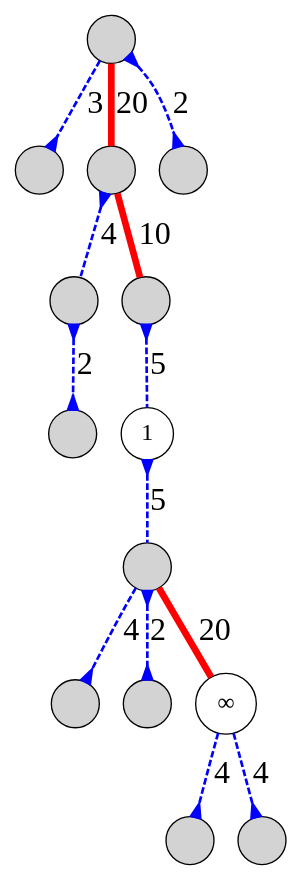
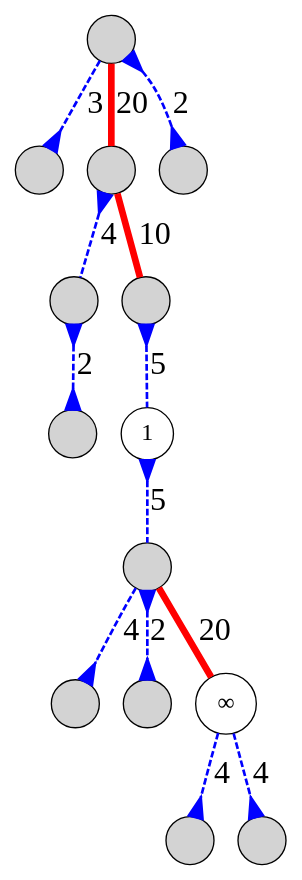
Before and after one commit to sgolodetz/waterfallpaper: the diagram in graphs/smg/marcotegui-pass2.gv, drawn with Graphviz. The commit also changed 4 other files, not shown here.

Commit message:
Increase the arrow size in Figure 14.

```diff
--- a/graphs/smg/marcotegui-pass2.gv
+++ b/graphs/smg/marcotegui-pass2.gv
@@ -1,22 +1,22 @@
 digraph
 {
 	node [shape=circle, style=filled, label="", fontsize=18];
-	edge [dir=both, arrowtail=none, arrowhead=none, color=blue, style=dashed, penwidth=2, fontsize=24];
+	edge [dir=both, arrowtail=none, arrowhead=none, arrowsize=1.5, color=blue, style=dashed, penwidth=2, fontsize=24];
 
 	n00 -> n10 [label=3, arrowhead=inv];
 	n00 -> n11 [label=20, color=red, style=solid, penwidth=5];
 	n00 -> n12 [label=2, arrowtail=inv, arrowhead=inv];
 	n11 -> n20 [label=4, arrowtail=inv];
 	n11 -> n21 [label=10, color=red, style=solid, penwidth=5];
 	n20 -> n30 [label=2, arrowtail=inv, arrowhead=inv];
 	n21 -> n31 [label=5, arrowtail=inv];
 	n31 -> n40 [label=5, arrowtail=inv];
 	n40 -> n50 [label=4, arrowhead=inv];
 	n40 -> n51 [label=2, arrowtail=inv, arrowhead=inv];
 	n40 -> n52 [label=20, color=red, style=solid, penwidth=5];
 	n52 -> n60 [label=4, arrowhead=inv];
 	n52 -> n61 [label=4, arrowhead=inv];
 
 	n31 [style=solid, label=1];
 	n52 [style=solid, label="&infin;"];
 }
```
